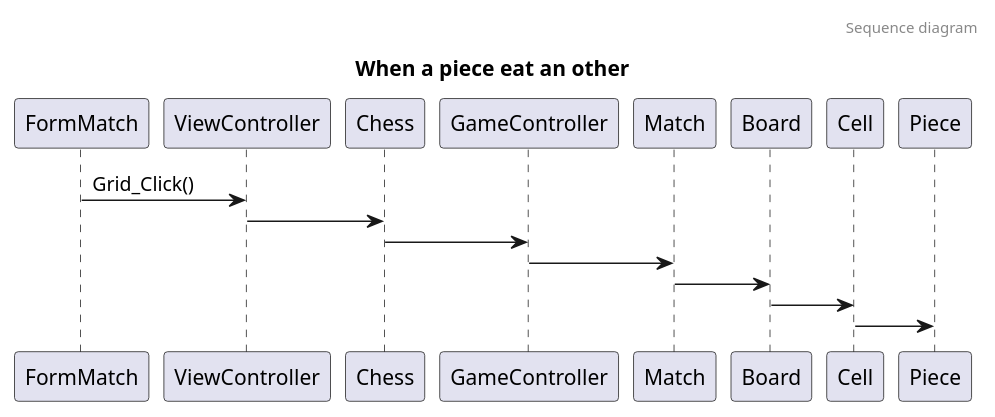
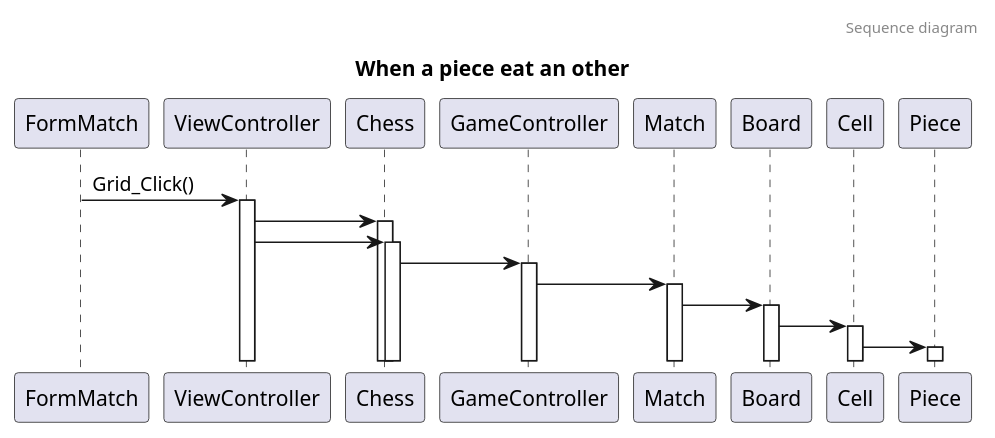
The diagram in Diagrams/Sequence.puml (darkhappy/chess), drawn with PlantUML before and after one commit. The commit also changed 1 other file, not shown here.

```diff
--- a/Diagrams/Sequence.puml
+++ b/Diagrams/Sequence.puml
@@ -1,22 +1,23 @@
 @startuml sequence
 
 header Sequence diagram
 
 title When a piece eat an other
 
 
-FormMatch -> ViewController: Grid_Click()
+FormMatch -> ViewController ++ : Grid_Click()
 
-ViewController -> Chess: 
+ViewController -> Chess ++: 
+ViewController -> Chess ++: 
 
-Chess -> GameController:
+Chess -> GameController ++:
 
-GameController -> Match:
+GameController -> Match ++:
 
-Match -> Board:
+Match -> Board ++:
 
-Board -> Cell:
+Board -> Cell ++:
 
-Cell -> Piece:
+Cell -> Piece ++:
 
 @enduml
```
